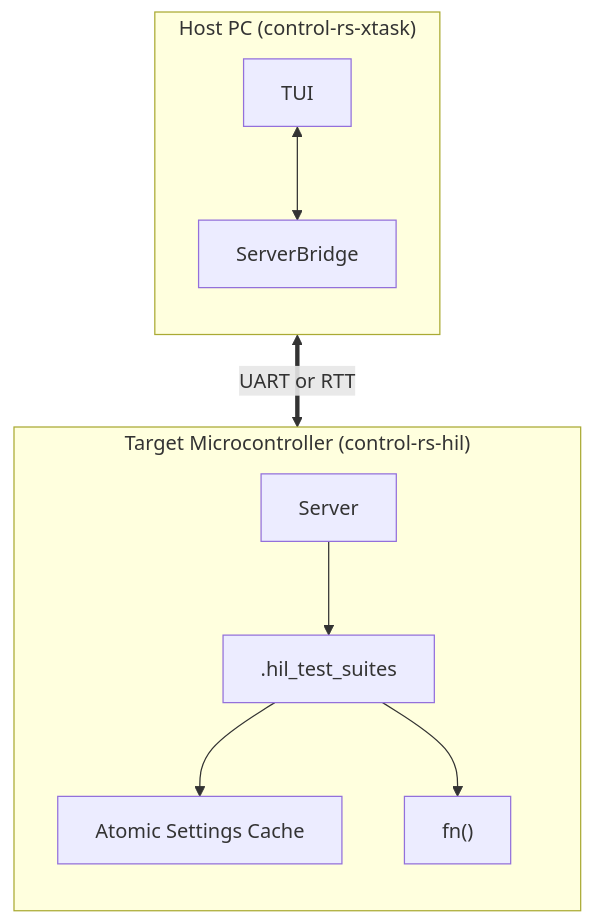
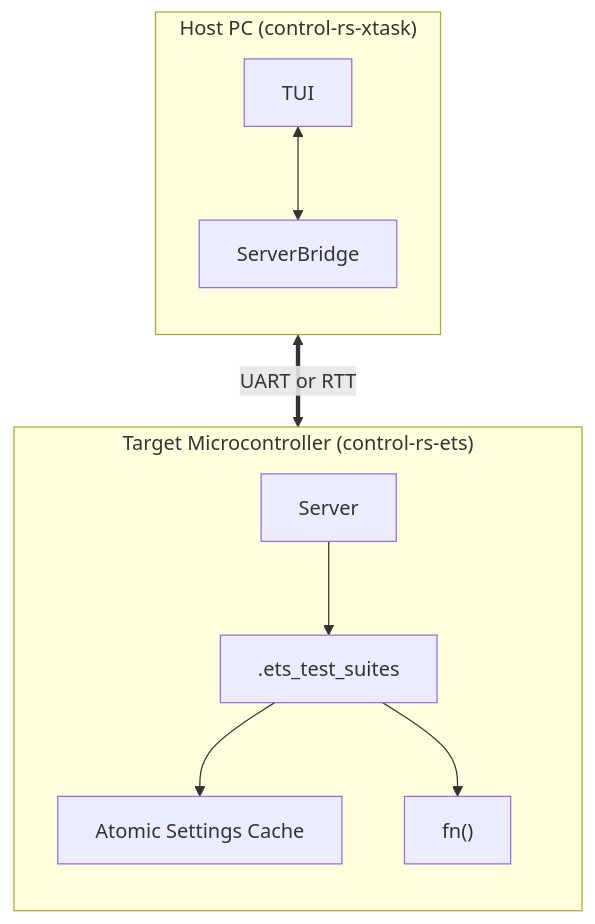
Before and after one commit to Dyse-Industries/control-rs: the diagram in documentation/xtask/test-suite-design-doc.md, drawn with Mermaid. The commit also changed other lines of this file and 208 other files, not shown here.

````diff
--- a/documentation/xtask/test-suite-design-doc.md
+++ b/documentation/xtask/test-suite-design-doc.md
@@ -68,22 +68,22 @@
 ```mermaid
 flowchart TD
     Host <==>|UART or RTT| MCU
 
     subgraph Host ["Host PC (control-rs-xtask)"]
         direction TB
         TUI["TUI"]
         Bridge["ServerBridge"]
         TUI <--> Bridge
     end
 
-    subgraph MCU ["Target Microcontroller (control-rs-hil)"]
+    subgraph MCU ["Target Microcontroller (control-rs-ets)"]
         direction TB
         Server["Server"]
-        Suites[".hil_test_suites"]
+        Suites[".ets_test_suites"]
         Settings["Atomic Settings Cache"]
         Tests["fn() "]
         Server --> Suites
         Suites --> Settings
         Suites --> Tests
     end
 ```
````
